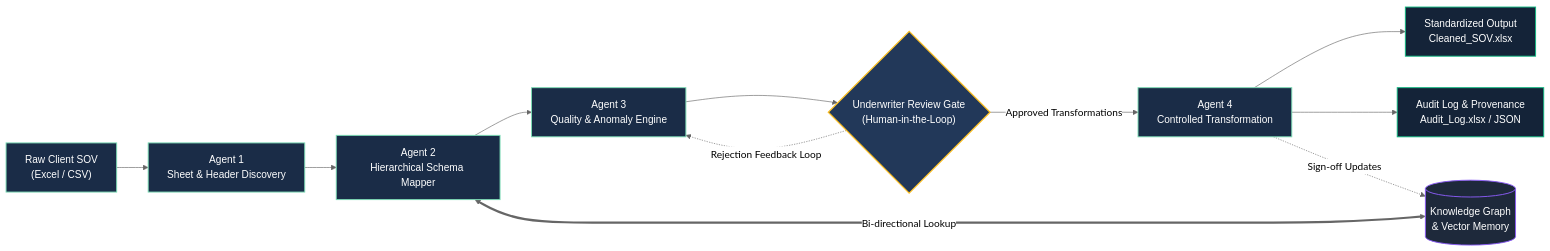
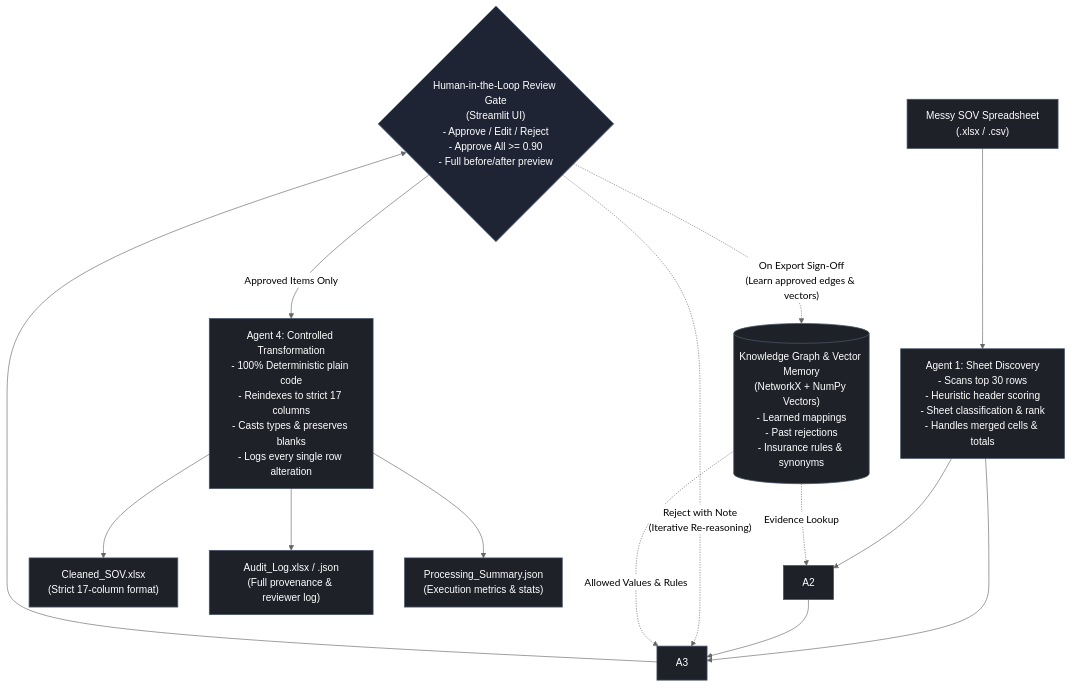
The diagram in README.md (ranjanaashish/SOV-it), drawn with Mermaid (neutral theme) before and after one commit. The commit also changed other lines of this file and 1 other file, not shown here.

Commit message:
docs: Update architecture diagram to match uploaded system specification and embed SVG asset

````diff
--- a/README.md
+++ b/README.md
@@ -37,37 +44,50 @@
 ```mermaid
-flowchart LR
-    %% Nodes
-    A["Raw Client SOV<br/>(Excel / CSV)"]
-    B["Agent 1<br/>Sheet & Header Discovery"]
-    C["Agent 2<br/>Hierarchical Schema Mapper"]
-    D["Agent 3<br/>Quality & Anomaly Engine"]
-    E{"Underwriter Review Gate<br/>(Human-in-the-Loop)"}
-    F["Agent 4<br/>Controlled Transformation"]
-    G["Standardized Output<br/>Cleaned_SOV.xlsx"]
-    H["Audit Log & Provenance<br/>Audit_Log.xlsx / JSON"]
-    KG[("Knowledge Graph<br/>& Vector Memory")]
+flowchart TD
+    %% Human-in-the-Loop Review Gate at Top
+    GATE{"Human-in-the-Loop Review Gate<br/>(Streamlit UI)<br/>- Approve / Edit / Reject<br/>- Approve All >= 0.90<br/>- Full before/after preview"}
 
-    %% Sequential Pipeline Flow
-    A --> B
-    B --> C
-    C --> D
-    D --> E
-    E -->|Approved Transformations| F
-    E -.->|Rejection Feedback Loop| D
-    F --> G
-    F --> H
+    %% Ingestion and Discovery
+    SOV["Messy SOV Spreadsheet<br/>(.xlsx / .csv)"]
+    A1["Agent 1: Sheet Discovery<br/>- Scans top 30 rows<br/>- Heuristic header scoring<br/>- Sheet classification & rank<br/>- Handles merged cells & totals"]
+    A2["A2"]
+    A3["A3"]
 
-    %% Memory Interactions
-    C <===>|Bi-directional Lookup| KG
-    F -.->|Sign-off Updates| KG
+    %% Memory
+    KG[("Knowledge Graph & Vector Memory<br/>(NetworkX + NumPy Vectors)<br/>- Learned mappings<br/>- Past rejections<br/>- Insurance rules & synonyms")]
+
+    %% Transformation and Outputs
+    A4["Agent 4: Controlled Transformation<br/>- 100% Deterministic plain code<br/>- Reindexes to strict 17 columns<br/>- Casts types & preserves blanks<br/>- Logs every single row alteration"]
+    
+    OUT1["Cleaned_SOV.xlsx<br/>(Strict 17-column format)"]
+    OUT2["Audit_Log.xlsx / .json<br/>(Full provenance & reviewer log)"]
+    OUT3["Processing_Summary.json<br/>(Execution metrics & stats)"]
+
+    %% Sequential & Pipeline Connections
+    SOV --> A1
+    A1 --> A2
+    A1 --> A3
+    A2 --> A3
+    A3 --> GATE
+
+    %% Feedback and Memory Connections
+    GATE -.->|"Reject with Note<br/>(Iterative Re-reasoning)"| A3
+    GATE -.->|"On Export Sign-Off<br/>(Learn approved edges & vectors)"| KG
+    KG -.->|"Evidence Lookup"| A2
+    KG -.->|"Allowed Values & Rules"| A3
+
+    %% Transformation & Output Connections
+    GATE -->|"Approved Items Only"| A4
+    A4 --> OUT1
+    A4 --> OUT2
+    A4 --> OUT3
 
     %% Styling
-    classDef default fill:#1A2C47,stroke:#7BDCB5,stroke-width:1.5px,color:#FFFFFF,font-family:sans-serif;
-    classDef gate fill:#223859,stroke:#FBBF24,stroke-width:2px,color:#FFFFFF,font-family:sans-serif;
-    classDef output fill:#142338,stroke:#10B981,stroke-width:1.5px,color:#FFFFFF,font-family:sans-serif;
-    classDef memory fill:#1E293B,stroke:#8B5CF6,stroke-width:1.5px,color:#FFFFFF,font-family:sans-serif;
+    classDef default fill:#1E2128,stroke:#475569,stroke-width:1.2px,color:#FFFFFF,font-family:sans-serif;
+    classDef gate fill:#1E2433,stroke:#64748B,stroke-width:1.5px,color:#FFFFFF,font-family:sans-serif;
+    classDef memory fill:#1E2128,stroke:#475569,stroke-width:1.2px,color:#FFFFFF,font-family:sans-serif;
+    classDef output fill:#1E2128,stroke:#475569,stroke-width:1.2px,color:#FFFFFF,font-family:sans-serif;
 
-    class E gate;
-    class G,H output;
+    class GATE gate;
     class KG memory;
+    class OUT1,OUT2,OUT3 output;
 ```
````
